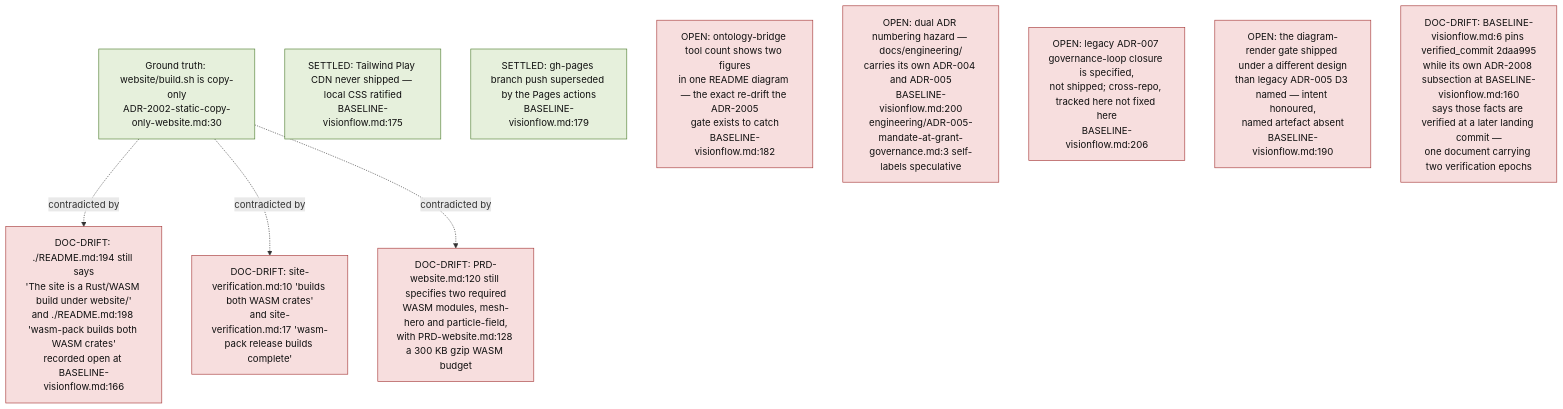
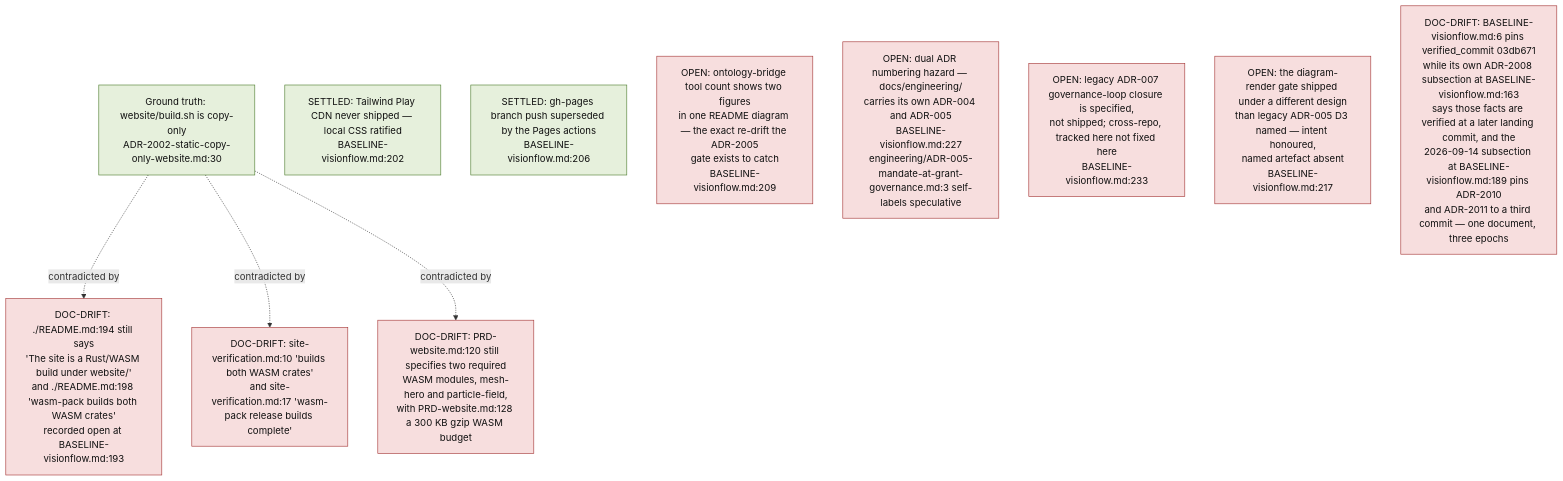
One commit to DreamLab-AI/VisionFlow changed diagram 12 of 14 in docs/diagrams/visionflow/01-repo-composition-and-canon.md. Above: the diagram before and after it, drawn with Mermaid. The commit also changed other lines of this file and 7 other files, not shown here.

````diff
--- a/docs/diagrams/visionflow/01-repo-composition-and-canon.md
+++ b/docs/diagrams/visionflow/01-repo-composition-and-canon.md
@@ -364,24 +385,24 @@
 ```mermaid
 flowchart TB
     classDef drift fill:#f7dede,stroke:#a33333,color:#111
     classDef settled fill:#e6f0dc,stroke:#4a7a2a,color:#111
 
     SRC["Ground truth: website/build.sh is copy-only<br/>ADR-2002-static-copy-only-website.md:30"]:::settled
 
-    D1["DOC-DRIFT: ./README.md:194 still says<br/>'The site is a Rust/WASM build under website/'<br/>and ./README.md:198 'wasm-pack builds both WASM crates'<br/>recorded open at BASELINE-visionflow.md:166"]:::drift
+    D1["DOC-DRIFT: ./README.md:194 still says<br/>'The site is a Rust/WASM build under website/'<br/>and ./README.md:198 'wasm-pack builds both WASM crates'<br/>recorded open at BASELINE-visionflow.md:193"]:::drift
     D2["DOC-DRIFT: site-verification.md:10 'builds both WASM crates'<br/>and site-verification.md:17 'wasm-pack release builds complete'"]:::drift
     D3["DOC-DRIFT: PRD-website.md:120 still specifies two required<br/>WASM modules, mesh-hero and particle-field,<br/>with PRD-website.md:128 a 300 KB gzip WASM budget"]:::drift
     SRC -.->|"contradicted by"| D1
     SRC -.->|"contradicted by"| D2
     SRC -.->|"contradicted by"| D3
 
-    S1["SETTLED: Tailwind Play CDN never shipped — local CSS ratified<br/>BASELINE-visionflow.md:175"]:::settled
-    S2["SETTLED: gh-pages branch push superseded by the Pages actions<br/>BASELINE-visionflow.md:179"]:::settled
+    S1["SETTLED: Tailwind Play CDN never shipped — local CSS ratified<br/>BASELINE-visionflow.md:202"]:::settled
+    S2["SETTLED: gh-pages branch push superseded by the Pages actions<br/>BASELINE-visionflow.md:206"]:::settled
 
-    O1["OPEN: ontology-bridge tool count shows two figures<br/>in one README diagram — the exact re-drift the ADR-2005<br/>gate exists to catch<br/>BASELINE-visionflow.md:182"]:::drift
-    O2["OPEN: dual ADR numbering hazard — docs/engineering/<br/>carries its own ADR-004 and ADR-005<br/>BASELINE-visionflow.md:200<br/>engineering/ADR-005-mandate-at-grant-governance.md:3 self-labels speculative"]:::drift
-    O3["OPEN: legacy ADR-007 governance-loop closure is specified,<br/>not shipped; cross-repo, tracked here not fixed here<br/>BASELINE-visionflow.md:206"]:::drift
-    O4["OPEN: the diagram-render gate shipped under a different design<br/>than legacy ADR-005 D3 named — intent honoured,<br/>named artefact absent<br/>BASELINE-visionflow.md:190"]:::drift
+    O1["OPEN: ontology-bridge tool count shows two figures<br/>in one README diagram — the exact re-drift the ADR-2005<br/>gate exists to catch<br/>BASELINE-visionflow.md:209"]:::drift
+    O2["OPEN: dual ADR numbering hazard — docs/engineering/<br/>carries its own ADR-004 and ADR-005<br/>BASELINE-visionflow.md:227<br/>engineering/ADR-005-mandate-at-grant-governance.md:3 self-labels speculative"]:::drift
+    O3["OPEN: legacy ADR-007 governance-loop closure is specified,<br/>not shipped; cross-repo, tracked here not fixed here<br/>BASELINE-visionflow.md:233"]:::drift
+    O4["OPEN: the diagram-render gate shipped under a different design<br/>than legacy ADR-005 D3 named — intent honoured,<br/>named artefact absent<br/>BASELINE-visionflow.md:217"]:::drift
 
-    DOCDRIFT5["DOC-DRIFT: BASELINE-visionflow.md:6 pins verified_commit 2daa995<br/>while its own ADR-2008 subsection at BASELINE-visionflow.md:160<br/>says those facts are verified at a later landing commit —<br/>one document carrying two verification epochs"]:::drift
+    DOCDRIFT5["DOC-DRIFT: BASELINE-visionflow.md:6 pins verified_commit 03db671<br/>while its own ADR-2008 subsection at BASELINE-visionflow.md:163<br/>says those facts are verified at a later landing commit, and the<br/>2026-09-14 subsection at BASELINE-visionflow.md:189 pins ADR-2010<br/>and ADR-2011 to a third commit — one document, three epochs"]:::drift
 ```
````
